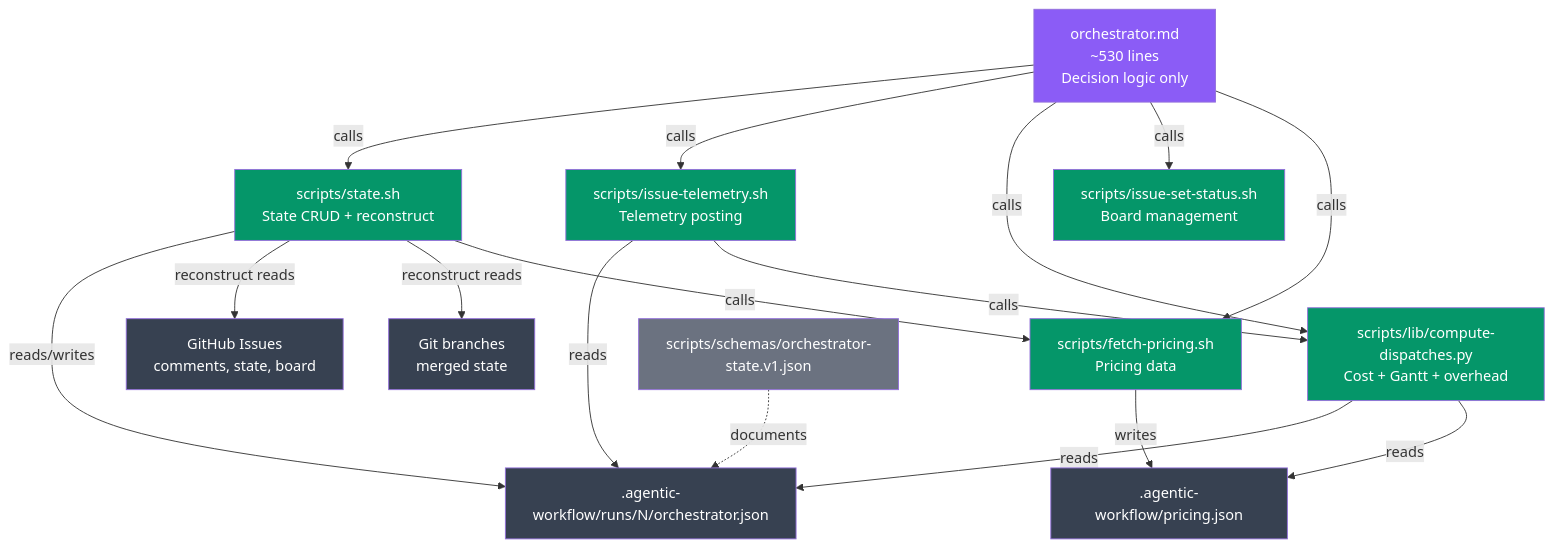
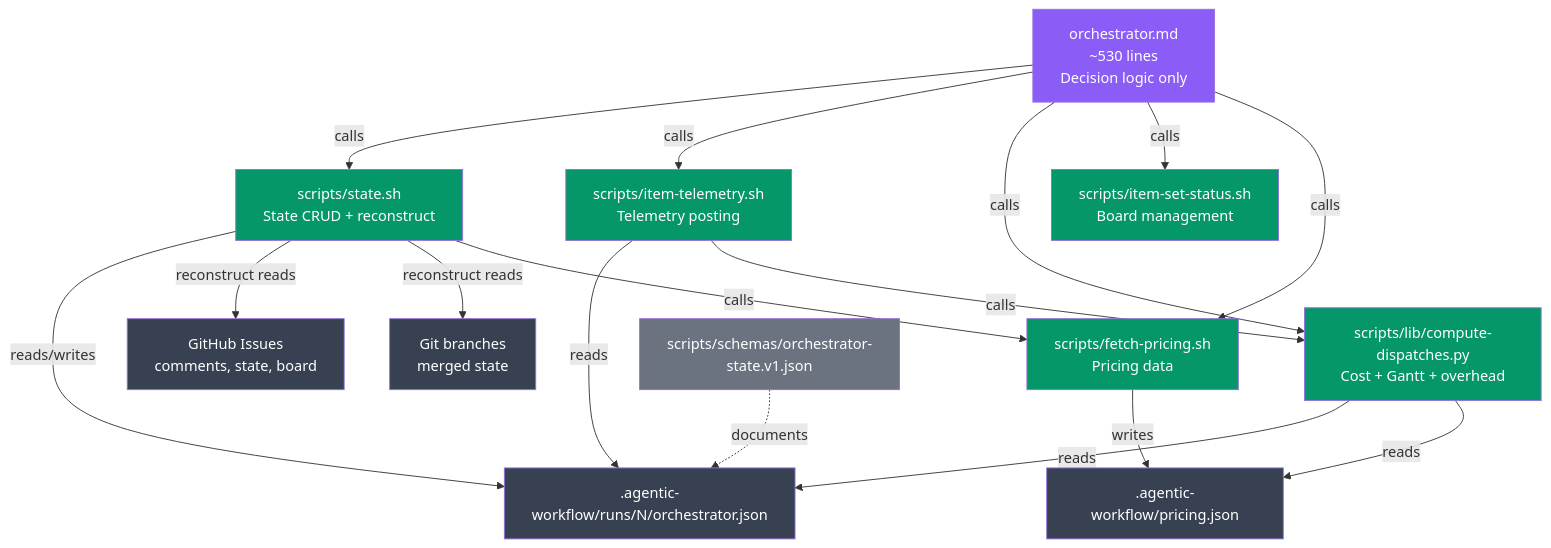
One commit to carlosboeing/agentic-sdlc-workflow changed the diagram in docs/2-design/2026-03-17-split-orchestrator-md.md. Above: the diagram before and after it, drawn with Mermaid. The commit also changed other lines of this file and 154 other files, not shown here.

First line of the commit message:
Gantt Chart Readability: Story Code Regression and Work Timeline Mode (#255)

````diff
--- a/docs/2-design/2026-03-17-split-orchestrator-md.md
+++ b/docs/2-design/2026-03-17-split-orchestrator-md.md
@@ -234,32 +234,32 @@
 ```mermaid
 graph TD
     O[orchestrator.md<br/>~530 lines<br/>Decision logic only] -->|calls| ST[scripts/state.sh<br/>State CRUD + reconstruct]
-    O -->|calls| IT[scripts/issue-telemetry.sh<br/>Telemetry posting]
+    O -->|calls| IT[scripts/item-telemetry.sh<br/>Telemetry posting]
     O -->|calls| CD[scripts/lib/compute-dispatches.py<br/>Cost + Gantt + overhead]
-    O -->|calls| IS[scripts/issue-set-status.sh<br/>Board management]
+    O -->|calls| IS[scripts/item-set-status.sh<br/>Board management]
     O -->|calls| FP[scripts/fetch-pricing.sh<br/>Pricing data]
 
     ST -->|reads/writes| SF[.agentic-workflow/runs/N/orchestrator.json]
     ST -->|reconstruct reads| GH[GitHub Issues<br/>comments, state, board]
     ST -->|reconstruct reads| GB[Git branches<br/>merged state]
     IT -->|reads| SF
     IT -->|calls| CD
     CD -->|reads| SF
     CD -->|reads| PR[.agentic-workflow/pricing.json]
     FP -->|writes| PR
     ST -->|calls| FP
 
     SC[scripts/schemas/orchestrator-state.v1.json] -.->|documents| SF
 
     style O fill:#8b5cf6,color:#fff
     style ST fill:#059669,color:#fff
     style CD fill:#059669,color:#fff
     style IT fill:#059669,color:#fff
     style IS fill:#059669,color:#fff
     style FP fill:#059669,color:#fff
     style SF fill:#374151,color:#fff
     style PR fill:#374151,color:#fff
     style SC fill:#6b7280,color:#fff
     style GH fill:#374151,color:#fff
     style GB fill:#374151,color:#fff
 ```
````
